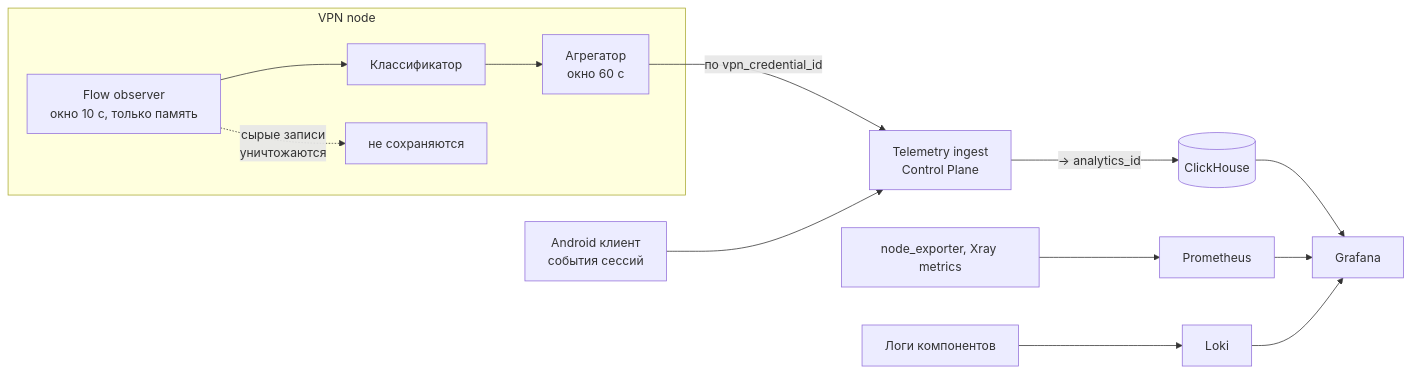
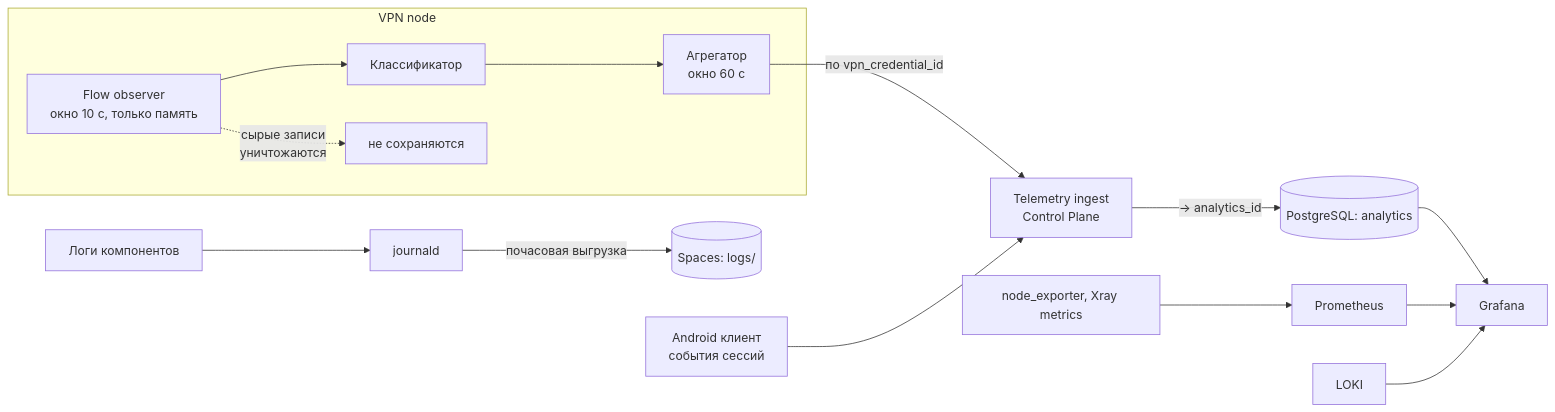
Before and after one commit to ai-zaytsev/simple: the diagram in docs/architecture/observability.md, drawn with Mermaid. The commit also changed other lines of this file and 19 other files, not shown here.

````diff
--- a/docs/architecture/observability.md
+++ b/docs/architecture/observability.md
@@ -19,18 +21,19 @@
 ```mermaid
 flowchart LR
     subgraph node["VPN node"]
         FLOW["Flow observer<br/>окно 10 с, только память"]
         CLASS["Классификатор"]
         AGG["Агрегатор<br/>окно 60 с"]
         FLOW --> CLASS --> AGG
         FLOW -.->|"сырые записи<br/>уничтожаются"| DROP["не сохраняются"]
     end
     AGG -->|"по vpn_credential_id"| ING["Telemetry ingest<br/>Control Plane"]
     CLI["Android клиент<br/>события сессий"] --> ING
-    ING -->|"→ analytics_id"| CH[("ClickHouse")]
+    ING -->|"→ analytics_id"| AN[("PostgreSQL: analytics")]
     NODEM["node_exporter, Xray metrics"] --> PROM["Prometheus"]
-    LOGS["Логи компонентов"] --> LOKI["Loki"]
-    CH --> GRAF["Grafana"]
+    LOGS["Логи компонентов"] --> JD["journald"]
+    JD -->|"почасовая выгрузка"| SP[("Spaces: logs/")]
+    AN --> GRAF["Grafana"]
     PROM --> GRAF
     LOKI --> GRAF
 ```
````
